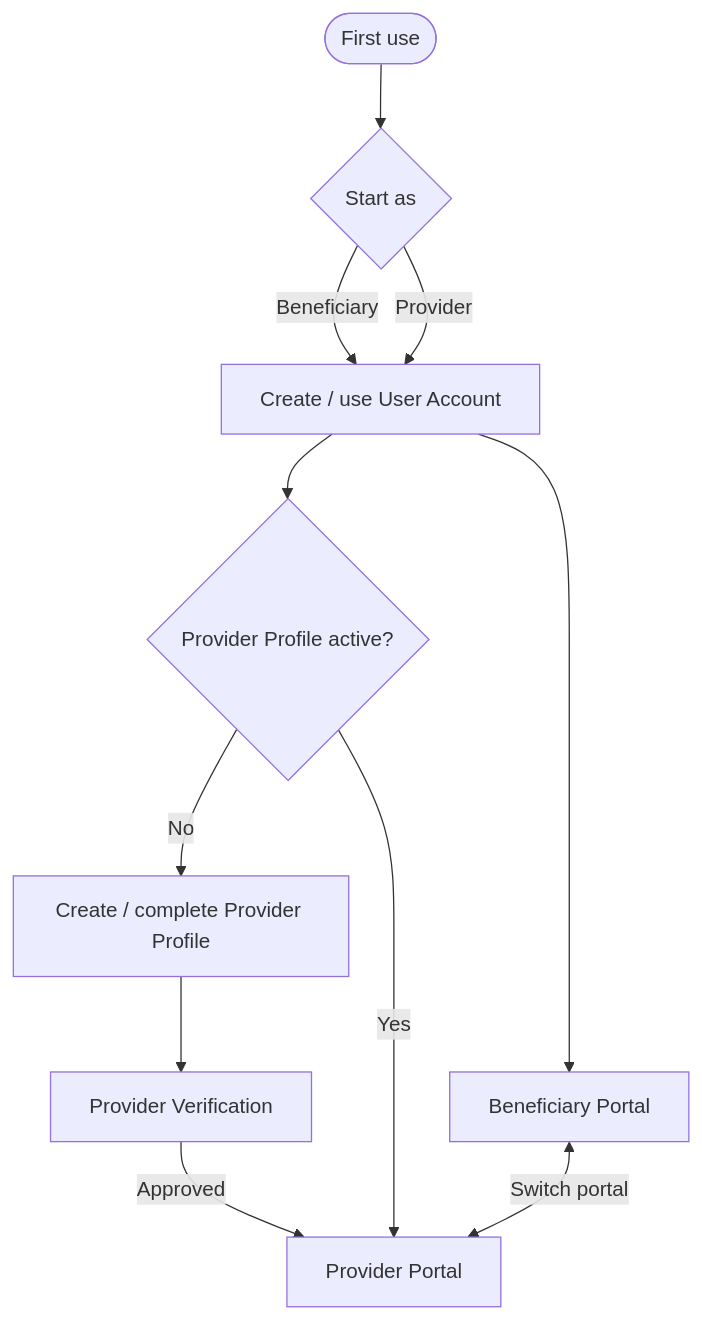
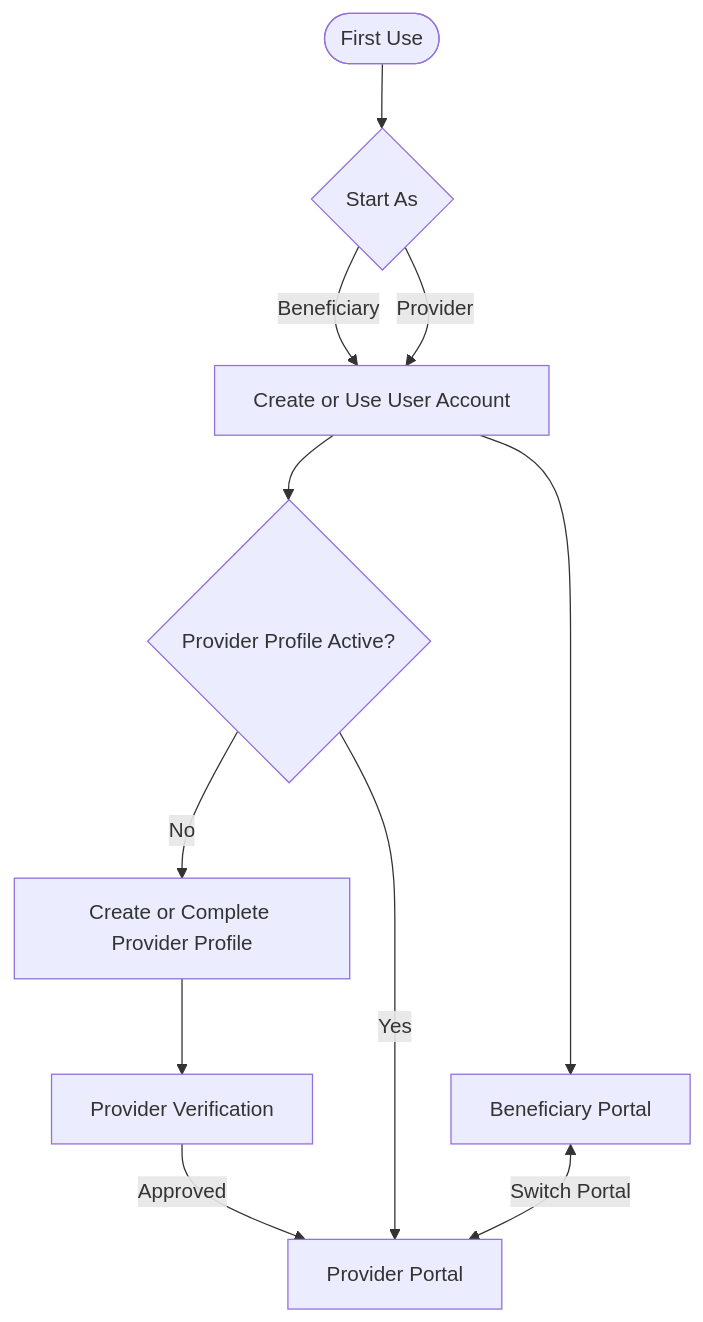
One commit to Yadd-SanaaUniversityGraduationProject/yadd changed the diagram in docs/03-analysis/14-account-portal-model.md. Above: the diagram before and after it, drawn with Mermaid. The commit also changed other lines of this file, not shown here.

Commit message:
analysis: synchronize account portal model references

````diff
--- a/docs/03-analysis/14-account-portal-model.md
+++ b/docs/03-analysis/14-account-portal-model.md
@@ -38,13 +42,13 @@
 ```mermaid
 flowchart TD
-    START([First use]) --> CHOOSE{Start as}
-    CHOOSE -->|Beneficiary| U[Create / use User Account]
+    START([First Use]) --> CHOOSE{Start As}
+    CHOOSE -->|Beneficiary| U[Create or Use User Account]
     CHOOSE -->|Provider| U
     U --> B[Beneficiary Portal]
-    U --> HAS{Provider Profile active?}
-    HAS -->|No| CREATE[Create / complete Provider Profile]
+    U --> HAS{Provider Profile Active?}
+    HAS -->|No| CREATE[Create or Complete Provider Profile]
     CREATE --> VERIFY[Provider Verification]
     VERIFY -->|Approved| P[Provider Portal]
     HAS -->|Yes| P
-    B <-->|Switch portal| P
+    B <-->|Switch Portal| P
 ```
````
